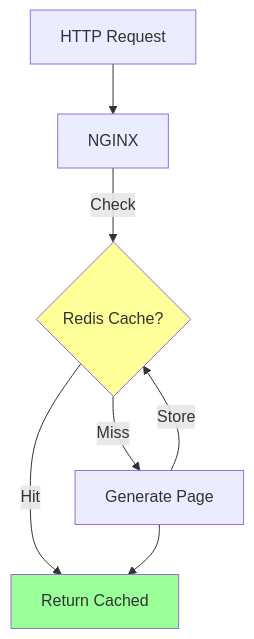
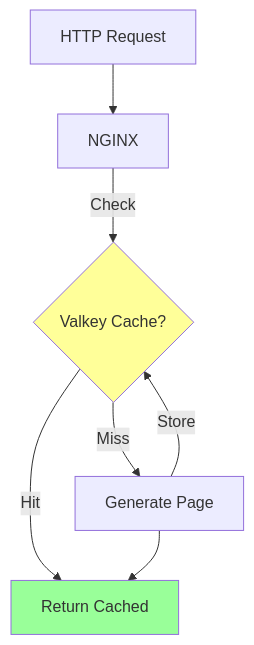
Before and after one commit to worx/cf-scalable-web: diagram 15 of 16 in docs/ARCHITECTURE.md, drawn with Mermaid. The commit also changed other lines of this file and 13 other files, not shown here.

First line of the commit message:
docs(redis→valkey): Complete Redis-to-Valkey rename across all docs and scripts

````diff
--- a/docs/ARCHITECTURE.md
+++ b/docs/ARCHITECTURE.md
@@ -578,12 +578,12 @@
 ```mermaid
 graph TD
     Request[HTTP Request] --> NGINX
-    NGINX -->|Check| Redis{Redis Cache?}
-    Redis -->|Hit| Response[Return Cached]
-    Redis -->|Miss| PHP[Generate Page]
-    PHP -->|Store| Redis
+    NGINX -->|Check| Valkey{Valkey Cache?}
+    Valkey -->|Hit| Response[Return Cached]
+    Valkey -->|Miss| PHP[Generate Page]
+    PHP -->|Store| Valkey
     PHP --> Response
 
-    style Redis fill:#ff9
+    style Valkey fill:#ff9
     style Response fill:#9f9
 ```
````
